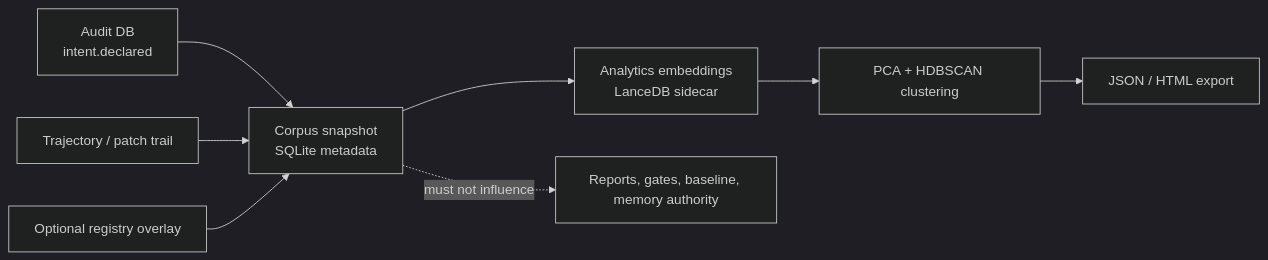
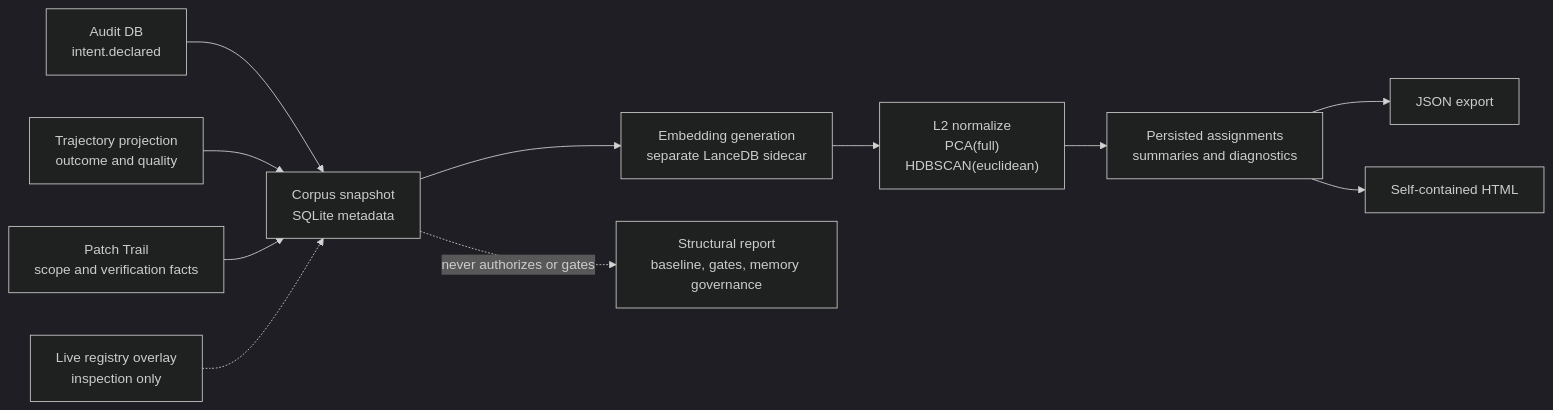
Before and after one commit to orenlab/codeclone: the first of 2 diagrams in docs/book/27-corpus-analytics.md, drawn with Mermaid (dark theme). The commit also changed other lines of this file and 36 other files, not shown here.

Commit message:
feat(analytics): corpus clustering inspectability (sweep, diagnostics, noise) + integrity

````diff
--- a/docs/book/27-corpus-analytics.md
+++ b/docs/book/27-corpus-analytics.md
@@ -16,10 +20,13 @@
 ```mermaid
 flowchart LR
-    A["Audit DB<br/>intent.declared"] --> B["Corpus snapshot<br/>SQLite metadata"]
-    C["Trajectory / patch trail"] --> B
-    D["Optional registry overlay"] --> B
-    B --> E["Analytics embeddings<br/>LanceDB sidecar"]
-    E --> F["PCA + HDBSCAN clustering"]
-    F --> G["JSON / HTML export"]
-    B -. "must not influence" .-> H["Reports, gates, baseline, memory authority"]
+    A["Audit DB<br/>intent.declared"] --> S["Corpus snapshot<br/>SQLite metadata"]
+    T["Trajectory projection<br/>outcome and quality"] --> S
+    P["Patch Trail<br/>scope and verification facts"] --> S
+    R["Live registry overlay<br/>inspection only"] -.-> S
+    S --> E["Embedding generation<br/>separate LanceDB sidecar"]
+    E --> C["L2 normalize<br/>PCA(full)<br/>HDBSCAN(euclidean)"]
+    C --> D["Persisted assignments<br/>summaries and diagnostics"]
+    D --> J["JSON export"]
+    D --> H["Self-contained HTML"]
+    S -. "never authorizes or gates" .-> X["Structural report<br/>baseline, gates, memory governance"]
 ```
````
